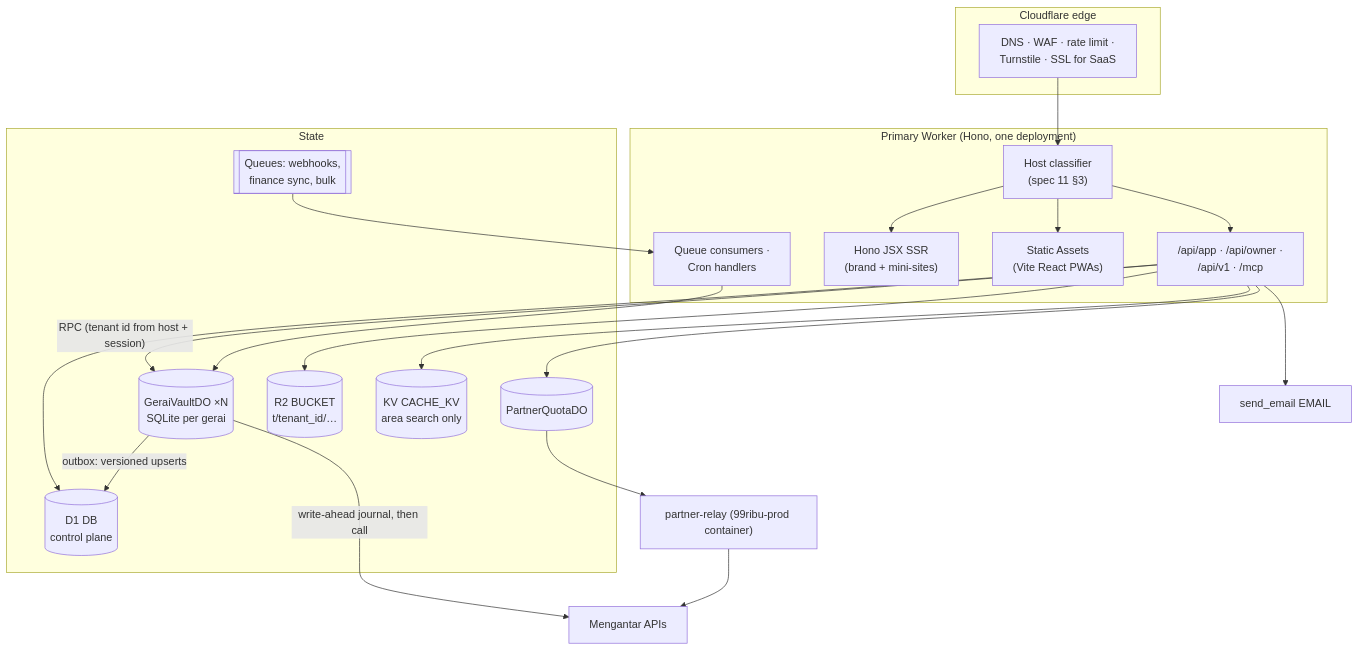
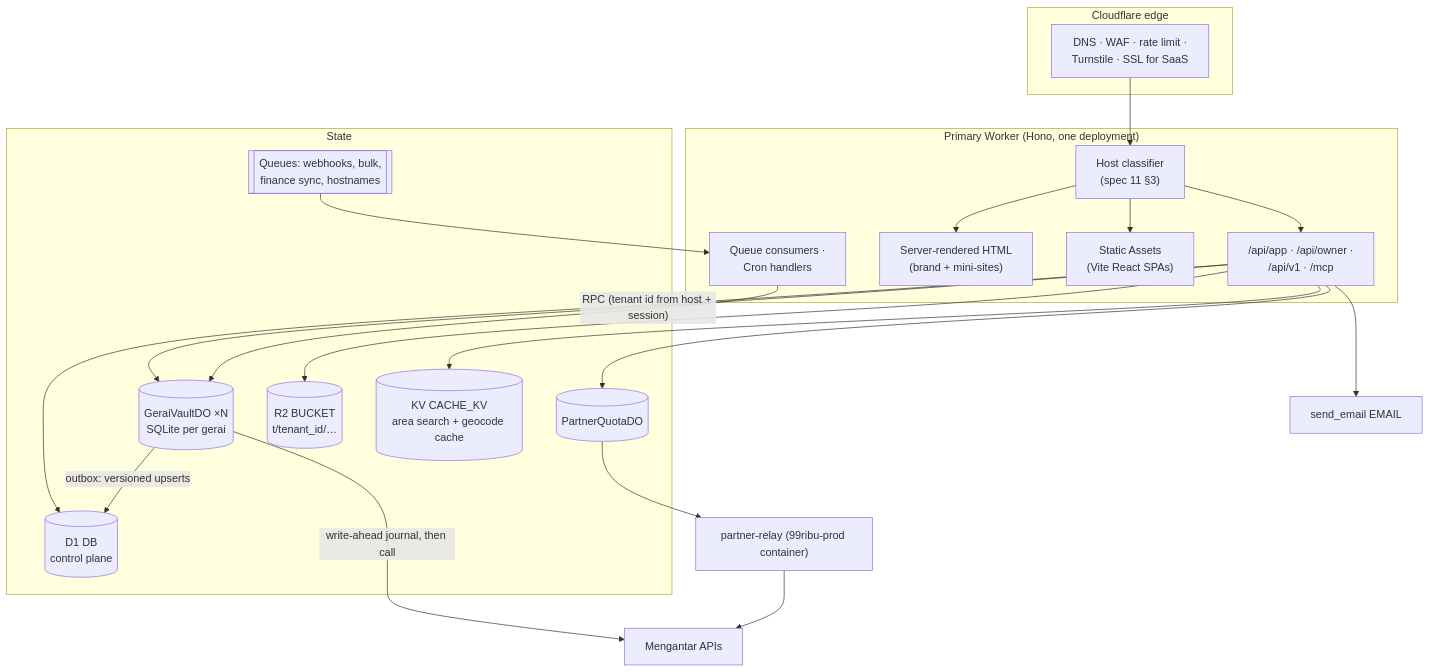
One commit to ongkipro/geraiexpress-cfv2 changed the second of 14 diagrams in docs/DIAGRAMS.md. Above: the diagram before and after it, drawn with Mermaid. The commit also changed other lines of this file and 45 other files, not shown here.

````diff
--- a/docs/DIAGRAMS.md
+++ b/docs/DIAGRAMS.md
@@ -64,36 +64,36 @@
 ```mermaid
 flowchart TB
     subgraph Edge["Cloudflare edge"]
         waf["DNS · WAF · rate limit ·<br/>Turnstile · SSL for SaaS"]
     end
     subgraph Worker["Primary Worker (Hono, one deployment)"]
         hc["Host classifier<br/>(spec 11 §3)"]
         api["/api/app · /api/owner ·<br/>/api/v1 · /mcp"]
-        ssr["Hono JSX SSR<br/>(brand + mini-sites)"]
-        assets["Static Assets<br/>(Vite React PWAs)"]
+        ssr["Server-rendered HTML<br/>(brand + mini-sites)"]
+        assets["Static Assets<br/>(Vite React SPAs)"]
         qc["Queue consumers ·<br/>Cron handlers"]
     end
     subgraph Stores["State"]
         d1[("D1 DB<br/>control plane")]
         vault[("GeraiVaultDO ×N<br/>SQLite per gerai")]
         quota[("PartnerQuotaDO")]
         r2[("R2 BUCKET<br/>t/tenant_id/…")]
-        kv[("KV CACHE_KV<br/>area search only")]
-        q[["Queues: webhooks,<br/>finance sync, bulk"]]
+        kv[("KV CACHE_KV<br/>area search + geocode cache")]
+        q[["Queues: webhooks, bulk,<br/>finance sync, hostnames"]]
     end
     email["send_email EMAIL"]
     relay["partner-relay (99ribu-prod container)"]
     mengantar["Mengantar APIs"]
 
     waf --> hc
     hc --> api & ssr & assets
     api -- "RPC (tenant id from host + session)" --> vault
     api --> d1
     api --> kv
     api --> r2
     api --> email
     vault -- "outbox: versioned upserts" --> d1
     vault -- "write-ahead journal, then call" --> mengantar
     api --> quota --> relay --> mengantar
     q --> qc --> vault
 ```
````
